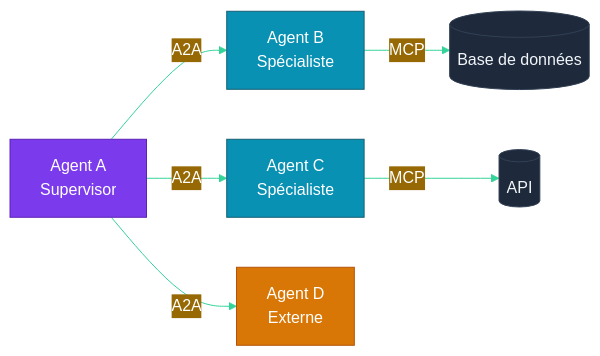
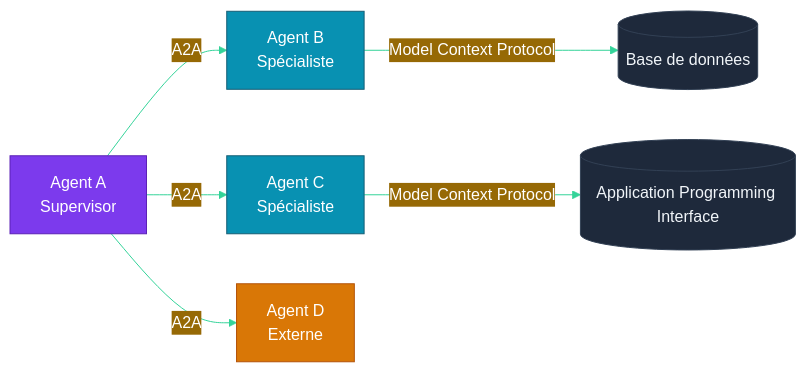
The second of 2 diagrams in CHAPITRE-07-mcp-standards.md (yugmerabtene/sdv-agentic), drawn with Mermaid before and after one commit. The commit also changed other lines of this file and 11 other files, not shown here.

````diff
--- a/CHAPITRE-07-mcp-standards.md
+++ b/CHAPITRE-07-mcp-standards.md
@@ -175,21 +238,21 @@
 ```mermaid
 %%{init: {'theme': 'base', 'themeVariables': {
   'primaryColor': '#059669',
   'primaryTextColor': '#fff',
   'lineColor': '#34d399'
 }}}%%
 graph LR
     A1[Agent A<br/>Supervisor] -->|"A2A"| A2[Agent B<br/>Spécialiste]
     A1 -->|"A2A"| A3[Agent C<br/>Spécialiste]
     A1 -->|"A2A"| A4[Agent D<br/>Externe]
     
-    A2 -->|"MCP"| T1[(Base de données)]
-    A3 -->|"MCP"| T2[(API)]
+    A2 -->|"Model Context Protocol"| T1[(Base de données)]
+    A3 -->|"Model Context Protocol"| T2[(Application Programming Interface)]
     
     style A1 fill:#7c3aed,color:#fff,stroke:#5b21b6
     style A2 fill:#0891b2,color:#fff,stroke:#155e75
     style A3 fill:#0891b2,color:#fff,stroke:#155e75
     style A4 fill:#d97706,color:#fff,stroke:#b45309
     style T1 fill:#1e293b,color:#f1f5f9,stroke:#334155
     style T2 fill:#1e293b,color:#f1f5f9,stroke:#334155
 ```
````
